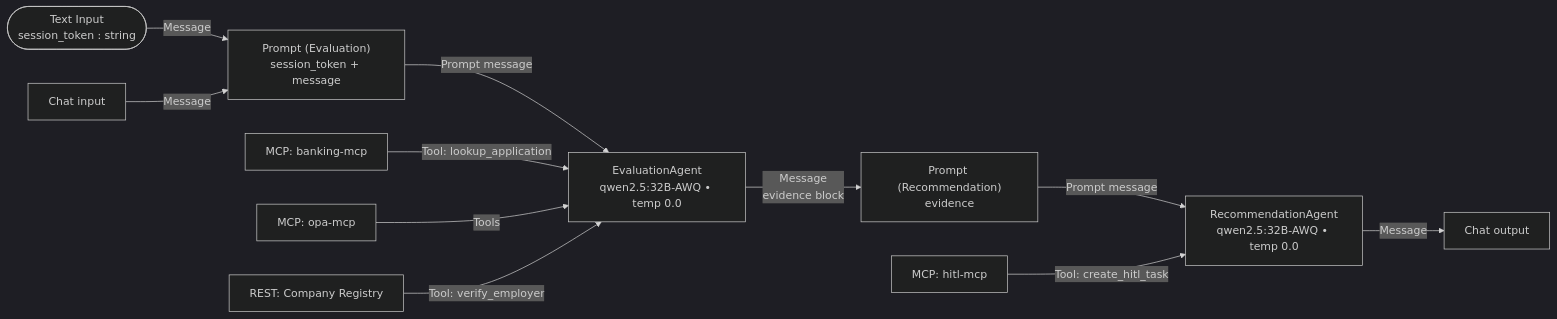
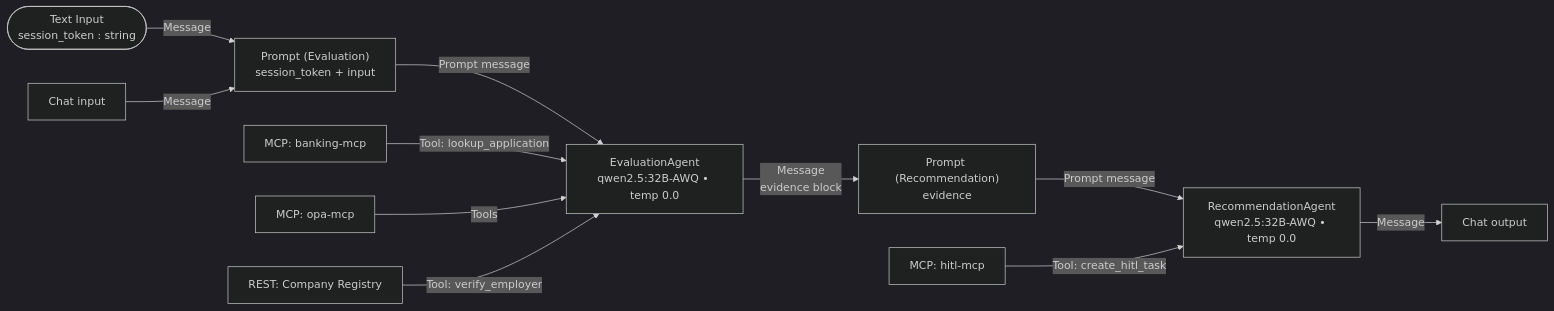
Before and after one commit to vmleon/oracle-database-private-agent-factory-poc: the diagram in paf/flows/CHAT_WORKFLOW.md, drawn with Mermaid (dark theme). The commit also changed other lines of this file and 3 other files, not shown here.

````diff
--- a/paf/flows/CHAT_WORKFLOW.md
+++ b/paf/flows/CHAT_WORKFLOW.md
@@ -70,15 +70,15 @@
 ```mermaid
 flowchart LR
     TOK(["Text Input<br/>session_token : string"]) -->|Message| EP
     CI["Chat input"] -->|Message| EP
-    EP["Prompt (Evaluation)<br/>session_token + message"] -->|Prompt message| EA
+    EP["Prompt (Evaluation)<br/>session_token + input"] -->|Prompt message| EA
     BNK["MCP: banking-mcp"] -->|Tool: lookup_application| EA
     OPA["MCP: opa-mcp"] -->|Tools| EA["EvaluationAgent<br/>qwen2.5:32B-AWQ • temp 0.0"]
     REG["REST: Company Registry"] -->|Tool: verify_employer| EA
 
     EA -->|Message<br/>evidence block| RP["Prompt (Recommendation)<br/>evidence"]
     RP -->|Prompt message| RA["RecommendationAgent<br/>qwen2.5:32B-AWQ • temp 0.0"]
     HITL["MCP: hitl-mcp"] -->|Tool: create_hitl_task| RA
 
     RA -->|Message| CO["Chat output"]
 ```
````
